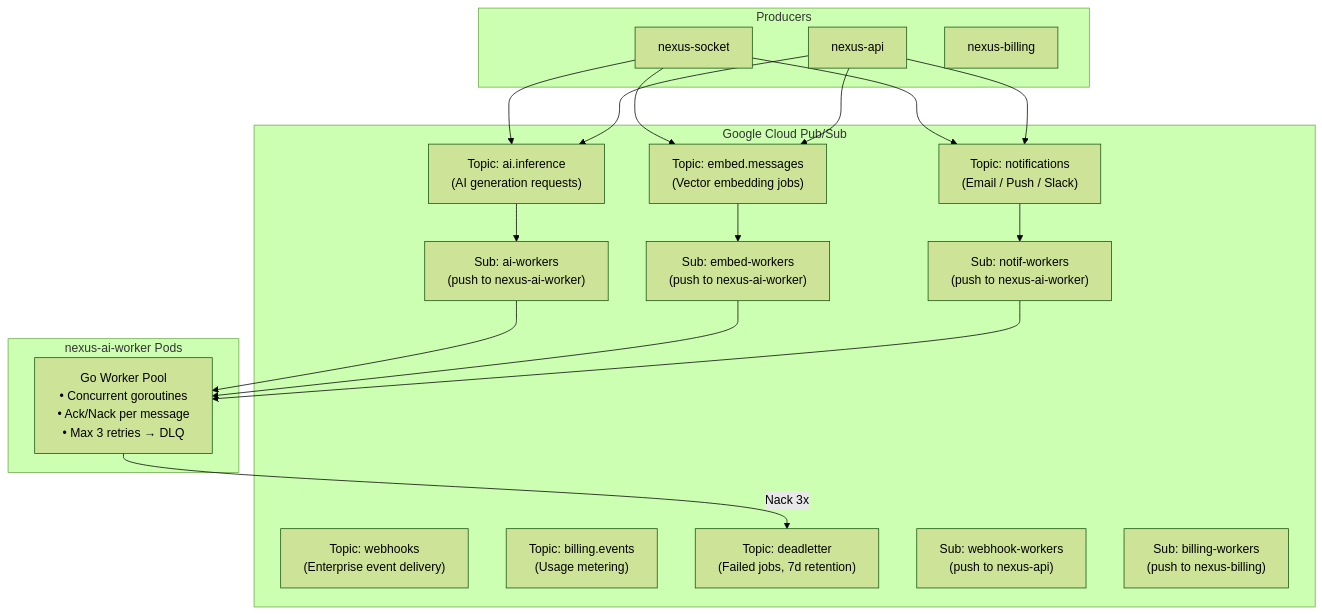
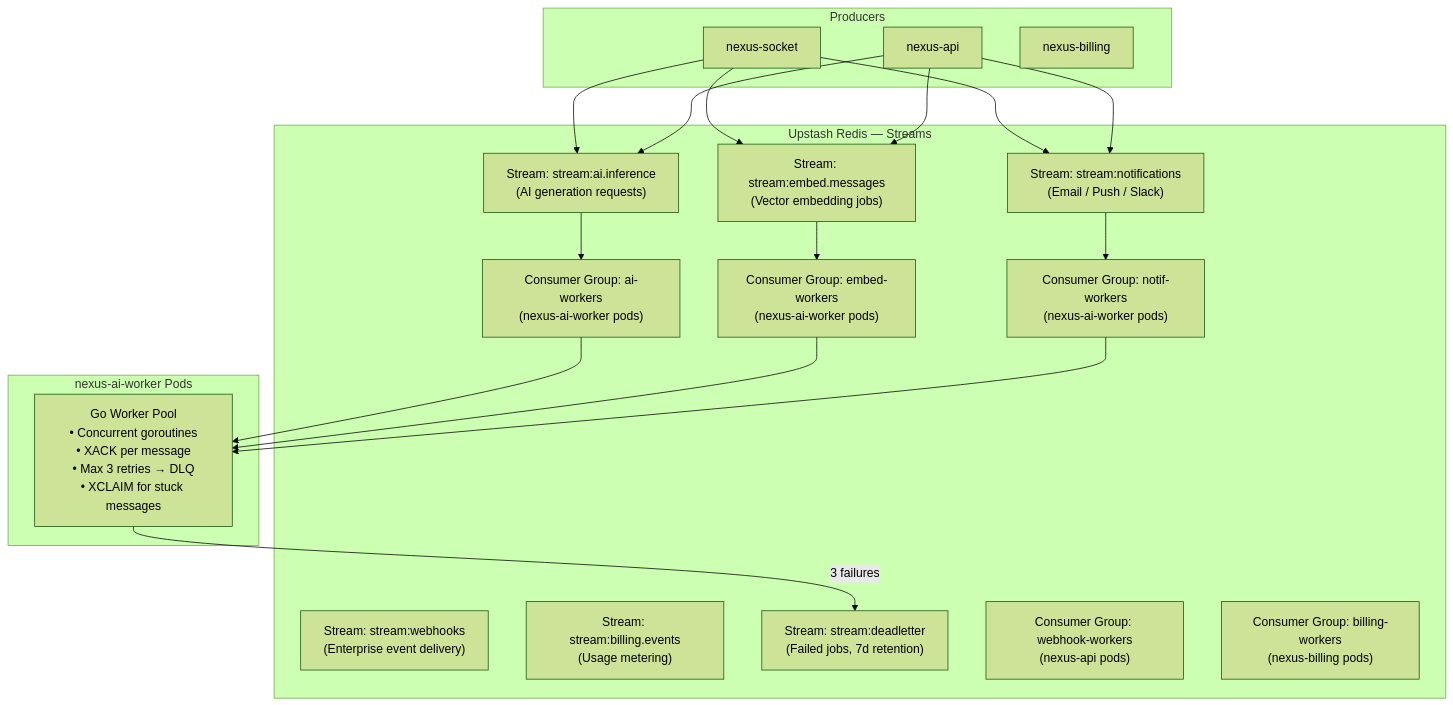
Before and after one commit to Nexus-chat-5039/Nexus-chat: diagram 15 of 24 in ARCHITECTURE.md, drawn with Mermaid (forest theme). The commit also changed other lines of this file and 38 other files, not shown here.

Commit message:
feat: implement minimal architecture with custom JWT auth

````diff
--- a/ARCHITECTURE.md
+++ b/ARCHITECTURE.md
@@ -994,37 +1022,37 @@
 ```mermaid
 graph TB
     subgraph Producers
         SIO["nexus-socket"]
         API["nexus-api"]
         BILL["nexus-billing"]
     end
 
-    subgraph PubSub["Google Cloud Pub/Sub"]
-        T1["Topic: ai.inference\n(AI generation requests)"]
-        T2["Topic: embed.messages\n(Vector embedding jobs)"]
-        T3["Topic: notifications\n(Email / Push / Slack)"]
-        T4["Topic: webhooks\n(Enterprise event delivery)"]
-        T5["Topic: billing.events\n(Usage metering)"]
-        DLQ["Topic: deadletter\n(Failed jobs, 7d retention)"]
+    subgraph RedisStreams["Upstash Redis — Streams"]
+        S1["Stream: stream:ai.inference\n(AI generation requests)"]
+        S2["Stream: stream:embed.messages\n(Vector embedding jobs)"]
+        S3["Stream: stream:notifications\n(Email / Push / Slack)"]
+        S4["Stream: stream:webhooks\n(Enterprise event delivery)"]
+        S5["Stream: stream:billing.events\n(Usage metering)"]
+        DLQ["Stream: stream:deadletter\n(Failed jobs, 7d retention)"]
 
-        S1["Sub: ai-workers\n(push to nexus-ai-worker)"]
-        S2["Sub: embed-workers\n(push to nexus-ai-worker)"]
-        S3["Sub: notif-workers\n(push to nexus-ai-worker)"]
-        S4["Sub: webhook-workers\n(push to nexus-api)"]
-        S5["Sub: billing-workers\n(push to nexus-billing)"]
+        CG1["Consumer Group: ai-workers\n(nexus-ai-worker pods)"]
+        CG2["Consumer Group: embed-workers\n(nexus-ai-worker pods)"]
+        CG3["Consumer Group: notif-workers\n(nexus-ai-worker pods)"]
+        CG4["Consumer Group: webhook-workers\n(nexus-api pods)"]
+        CG5["Consumer Group: billing-workers\n(nexus-billing pods)"]
     end
 
     subgraph Workers["nexus-ai-worker Pods"]
-        W["Go Worker Pool\n• Concurrent goroutines\n• Ack/Nack per message\n• Max 3 retries → DLQ"]
+        W["Go Worker Pool\n• Concurrent goroutines\n• XACK per message\n• Max 3 retries → DLQ\n• XCLAIM for stuck messages"]
     end
 
-    SIO --> T1
-    API --> T1
-    SIO & API --> T2 & T3
+    SIO --> S1
+    API --> S1
+    SIO & API --> S2 & S3
 
-    T1 --> S1 --> W
-    T2 --> S2 --> W
-    T3 --> S3 --> W
+    S1 --> CG1 --> W
+    S2 --> CG2 --> W
+    S3 --> CG3 --> W
 
-    W -->|"Nack 3x"| DLQ
+    W -->|"3 failures"| DLQ
 ```
````
